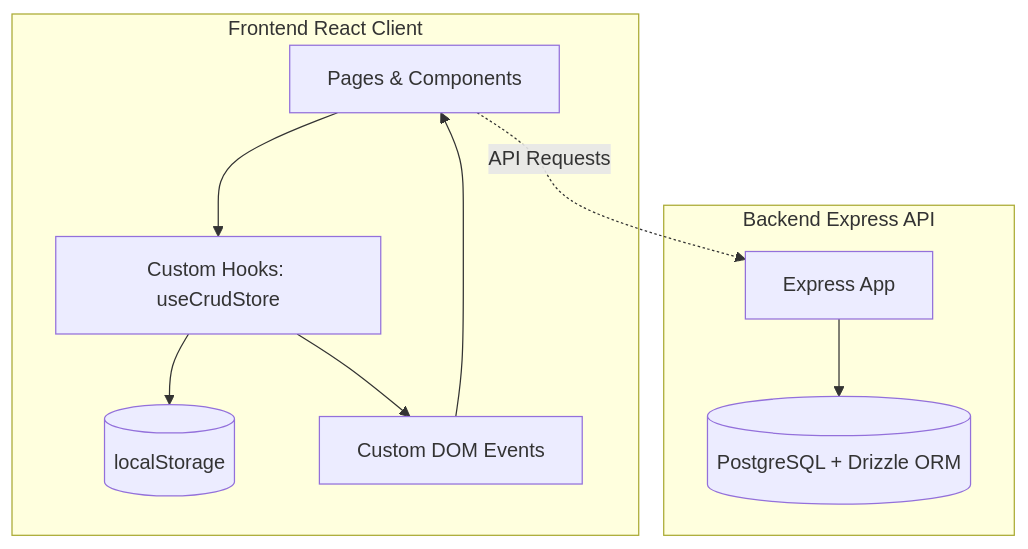
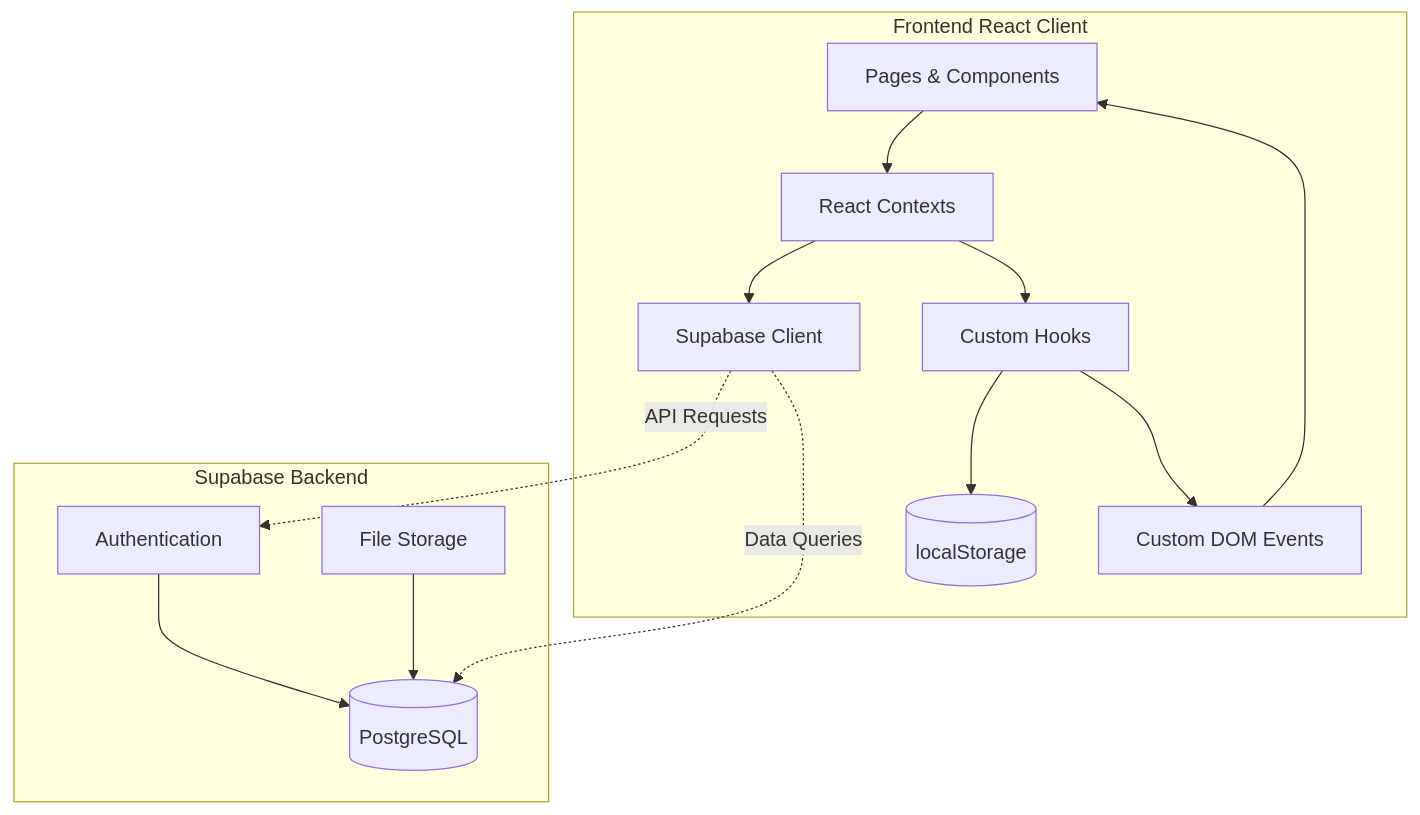
Before and after one commit to abelNex01/brana-dashboard: the diagram in README.md, drawn with Mermaid. The commit also changed other lines of this file and 17 other files, not shown here.

````diff
--- a/README.md
+++ b/README.md
@@ -25,13 +23,17 @@
 ```mermaid
 graph TD
     subgraph Client [Frontend React Client]
-        UI[Pages & Components] --> Hooks[Custom Hooks: useCrudStore]
+        UI[Pages & Components] --> Contexts[React Contexts]
+        Contexts --> Supabase[Supabase Client]
+        Contexts --> Hooks[Custom Hooks]
         Hooks --> LS[(localStorage)]
         Hooks --> Events[Custom DOM Events]
         Events --> UI
     end
-    subgraph Server [Backend Express API]
-        Express[Express App] --> DB[(PostgreSQL + Drizzle ORM)]
+    subgraph Backend [Supabase Backend]
+        Auth[Authentication] --> DB[(PostgreSQL)]
+        Storage[File Storage] --> DB
     end
-    UI -.->|API Requests| Express
+    Supabase -.->|API Requests| Auth
+    Supabase -.->|Data Queries| DB
 ```
````
